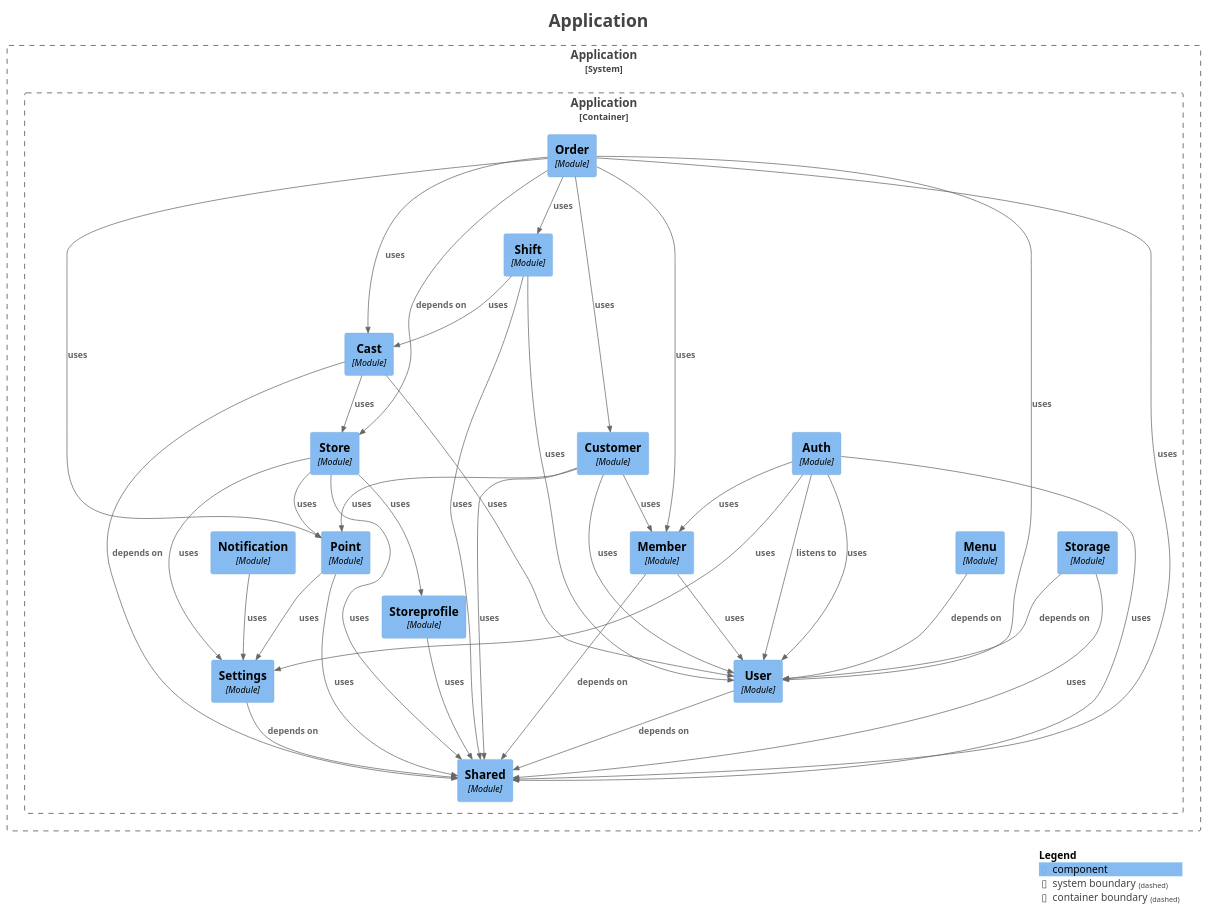
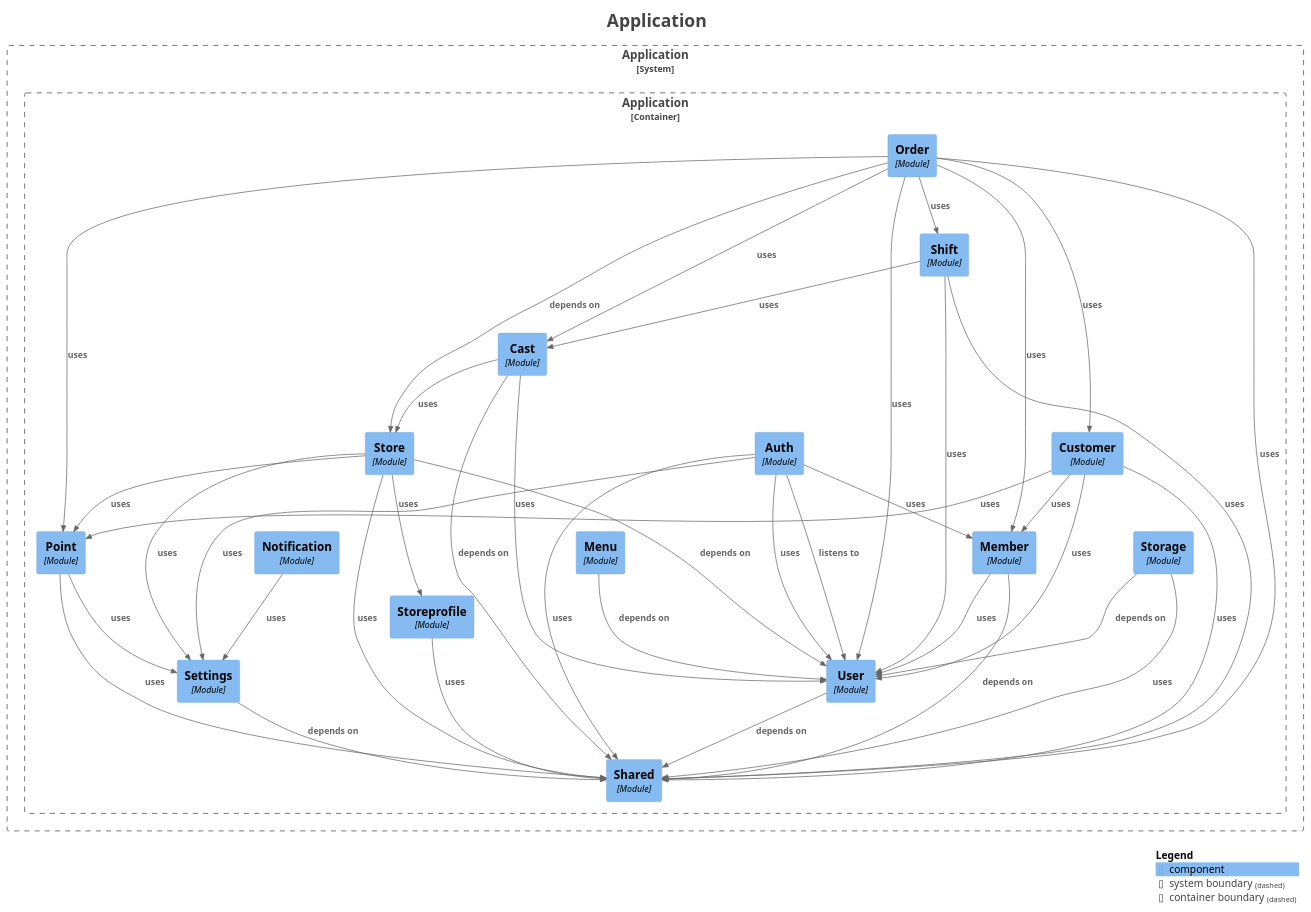
One commit to kanghouchao/Kizuna changed the diagram in backend/docs/modulith/components.puml. Above: the diagram before and after it, drawn with PlantUML. The commit also changed 24 other files, not shown here.

```diff
--- a/backend/docs/modulith/components.puml
+++ b/backend/docs/modulith/components.puml
@@ -1,80 +1,81 @@
 @startuml
 title <size:24>Application</size>
 
 set separator none
 top to bottom direction
 
 <style>
   root {
     BackgroundColor: #ffffff
     FontColor: #444444
   }
 </style>
 
 !include <C4/C4>
 !include <C4/C4_Context>
 !include <C4/C4_Component>
 
 System_Boundary("Application_boundary", "Application", $tags="") {
   Container_Boundary("Application.Application_boundary", "Application", $tags="") {
     Component(Application.Application.Point, "Point", $techn="Module", $descr="", $tags="", $link="")
     Component(Application.Application.Storage, "Storage", $techn="Module", $descr="", $tags="", $link="")
     Component(Application.Application.Auth, "Auth", $techn="Module", $descr="", $tags="", $link="")
     Component(Application.Application.Customer, "Customer", $techn="Module", $descr="", $tags="", $link="")
     Component(Application.Application.Store, "Store", $techn="Module", $descr="", $tags="", $link="")
     Component(Application.Application.Cast, "Cast", $techn="Module", $descr="", $tags="", $link="")
     Component(Application.Application.Shift, "Shift", $techn="Module", $descr="", $tags="", $link="")
     Component(Application.Application.Order, "Order", $techn="Module", $descr="", $tags="", $link="")
     Component(Application.Application.Shared, "Shared", $techn="Module", $descr="", $tags="", $link="")
     Component(Application.Application.Settings, "Settings", $techn="Module", $descr="", $tags="", $link="")
     Component(Application.Application.Storeprofile, "Storeprofile", $techn="Module", $descr="", $tags="", $link="")
     Component(Application.Application.User, "User", $techn="Module", $descr="", $tags="", $link="")
     Component(Application.Application.Member, "Member", $techn="Module", $descr="", $tags="", $link="")
     Component(Application.Application.Menu, "Menu", $techn="Module", $descr="", $tags="", $link="")
     Component(Application.Application.Notification, "Notification", $techn="Module", $descr="", $tags="", $link="")
   }
 
 }
 
-Rel(Application.Application.Storeprofile, Application.Application.Shared, "uses", $techn="", $tags="", $link="")
-Rel(Application.Application.User, Application.Application.Shared, "depends on", $techn="", $tags="", $link="")
+Rel(Application.Application.Point, Application.Application.Settings, "uses", $techn="", $tags="", $link="")
+Rel(Application.Application.Point, Application.Application.Shared, "uses", $techn="", $tags="", $link="")
+Rel(Application.Application.Menu, Application.Application.User, "depends on", $techn="", $tags="", $link="")
+Rel(Application.Application.Customer, Application.Application.Member, "uses", $techn="", $tags="", $link="")
+Rel(Application.Application.Customer, Application.Application.User, "uses", $techn="", $tags="", $link="")
+Rel(Application.Application.Customer, Application.Application.Point, "uses", $techn="", $tags="", $link="")
+Rel(Application.Application.Customer, Application.Application.Shared, "uses", $techn="", $tags="", $link="")
+Rel(Application.Application.Store, Application.Application.User, "depends on", $techn="", $tags="", $link="")
 Rel(Application.Application.Store, Application.Application.Storeprofile, "uses", $techn="", $tags="", $link="")
 Rel(Application.Application.Store, Application.Application.Point, "uses", $techn="", $tags="", $link="")
 Rel(Application.Application.Store, Application.Application.Settings, "uses", $techn="", $tags="", $link="")
 Rel(Application.Application.Store, Application.Application.Shared, "uses", $techn="", $tags="", $link="")
-Rel(Application.Application.Settings, Application.Application.Shared, "depends on", $techn="", $tags="", $link="")
+Rel(Application.Application.Shift, Application.Application.User, "uses", $techn="", $tags="", $link="")
+Rel(Application.Application.Shift, Application.Application.Cast, "uses", $techn="", $tags="", $link="")
+Rel(Application.Application.Shift, Application.Application.Shared, "uses", $techn="", $tags="", $link="")
+Rel(Application.Application.User, Application.Application.Shared, "depends on", $techn="", $tags="", $link="")
+Rel(Application.Application.Notification, Application.Application.Settings, "uses", $techn="", $tags="", $link="")
 Rel(Application.Application.Member, Application.Application.Shared, "depends on", $techn="", $tags="", $link="")
 Rel(Application.Application.Member, Application.Application.User, "uses", $techn="", $tags="", $link="")
-Rel(Application.Application.Point, Application.Application.Settings, "uses", $techn="", $tags="", $link="")
-Rel(Application.Application.Point, Application.Application.Shared, "uses", $techn="", $tags="", $link="")
+Rel(Application.Application.Settings, Application.Application.Shared, "depends on", $techn="", $tags="", $link="")
 Rel(Application.Application.Auth, Application.Application.User, "listens to", $techn="", $tags="", $link="")
 Rel(Application.Application.Auth, Application.Application.User, "uses", $techn="", $tags="", $link="")
 Rel(Application.Application.Auth, Application.Application.Member, "uses", $techn="", $tags="", $link="")
 Rel(Application.Application.Auth, Application.Application.Shared, "uses", $techn="", $tags="", $link="")
 Rel(Application.Application.Auth, Application.Application.Settings, "uses", $techn="", $tags="", $link="")
-Rel(Application.Application.Menu, Application.Application.User, "depends on", $techn="", $tags="", $link="")
 Rel(Application.Application.Order, Application.Application.Store, "depends on", $techn="", $tags="", $link="")
 Rel(Application.Application.Order, Application.Application.Customer, "uses", $techn="", $tags="", $link="")
 Rel(Application.Application.Order, Application.Application.User, "uses", $techn="", $tags="", $link="")
 Rel(Application.Application.Order, Application.Application.Member, "uses", $techn="", $tags="", $link="")
 Rel(Application.Application.Order, Application.Application.Shift, "uses", $techn="", $tags="", $link="")
 Rel(Application.Application.Order, Application.Application.Shared, "uses", $techn="", $tags="", $link="")
 Rel(Application.Application.Order, Application.Application.Cast, "uses", $techn="", $tags="", $link="")
 Rel(Application.Application.Order, Application.Application.Point, "uses", $techn="", $tags="", $link="")
-Rel(Application.Application.Shift, Application.Application.User, "uses", $techn="", $tags="", $link="")
-Rel(Application.Application.Shift, Application.Application.Cast, "uses", $techn="", $tags="", $link="")
-Rel(Application.Application.Shift, Application.Application.Shared, "uses", $techn="", $tags="", $link="")
-Rel(Application.Application.Notification, Application.Application.Settings, "uses", $techn="", $tags="", $link="")
-Rel(Application.Application.Customer, Application.Application.Member, "uses", $techn="", $tags="", $link="")
-Rel(Application.Application.Customer, Application.Application.User, "uses", $techn="", $tags="", $link="")
-Rel(Application.Application.Customer, Application.Application.Point, "uses", $techn="", $tags="", $link="")
-Rel(Application.Application.Customer, Application.Application.Shared, "uses", $techn="", $tags="", $link="")
 Rel(Application.Application.Storage, Application.Application.User, "depends on", $techn="", $tags="", $link="")
 Rel(Application.Application.Storage, Application.Application.Shared, "uses", $techn="", $tags="", $link="")
 Rel(Application.Application.Cast, Application.Application.Shared, "depends on", $techn="", $tags="", $link="")
 Rel(Application.Application.Cast, Application.Application.User, "uses", $techn="", $tags="", $link="")
 Rel(Application.Application.Cast, Application.Application.Store, "uses", $techn="", $tags="", $link="")
+Rel(Application.Application.Storeprofile, Application.Application.Shared, "uses", $techn="", $tags="", $link="")
 
 SHOW_LEGEND(true)
 hide stereotypes
 @enduml
```
